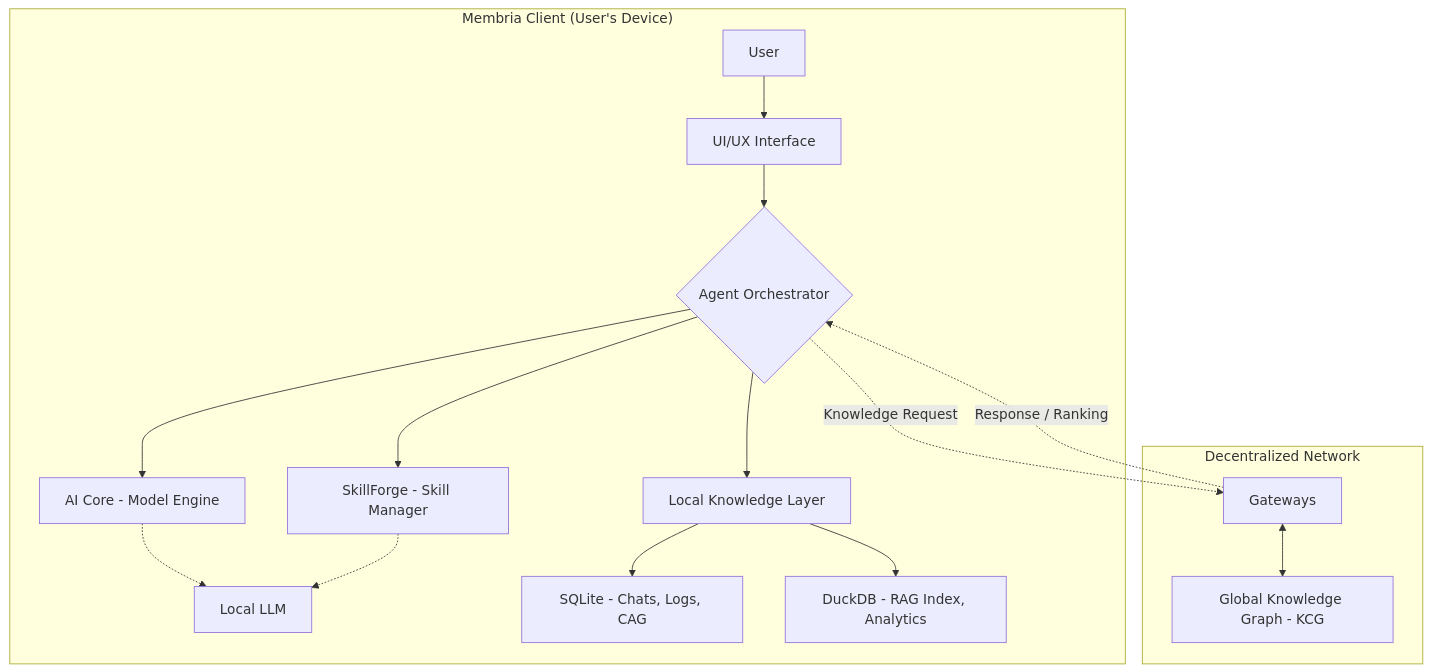
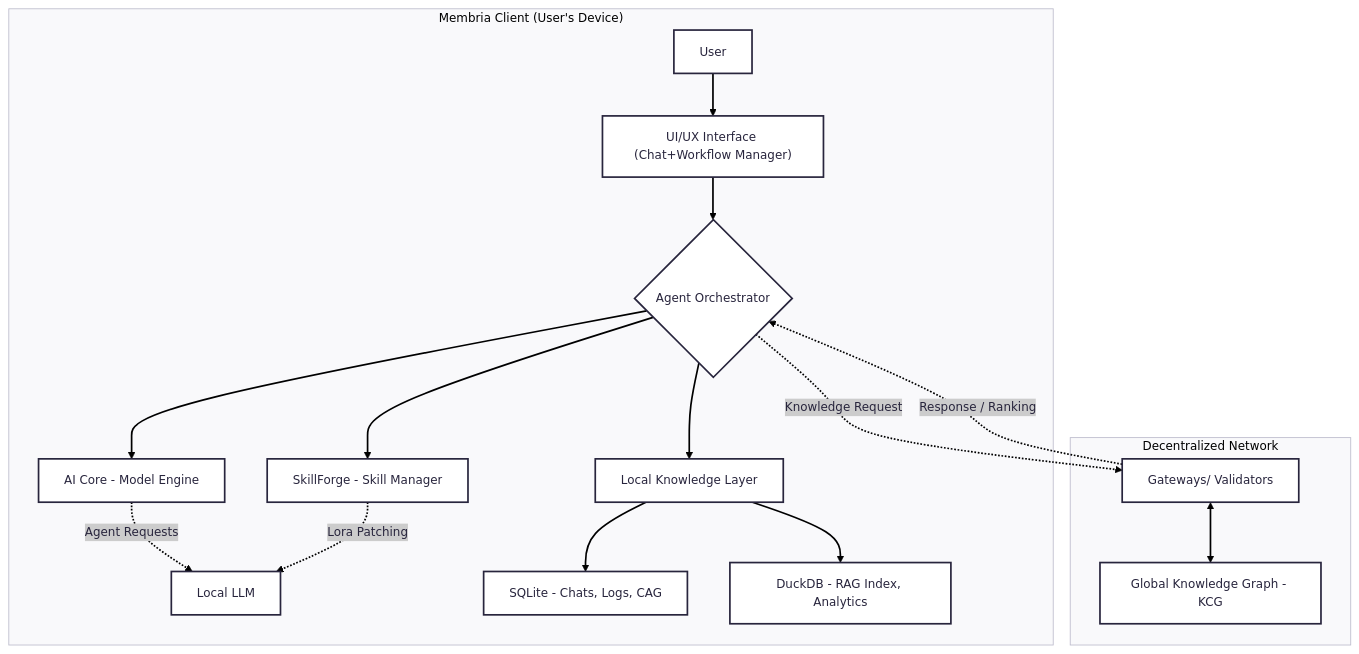
One commit to actiquest-dev/actiquest.github.io changed the first of 2 diagrams in membria/client.md. Above: the diagram before and after it, drawn with Mermaid. The commit also changed other lines of this file, not shown here.

````diff
--- a/membria/client.md
+++ b/membria/client.md
@@ -62,27 +62,33 @@
 ```mermaid
-graph TD
-    subgraph "Membria Client (User's Device)"
-        A[User] --> B[UI/UX Interface]
-        
-        B --> C{Agent Orchestrator}
-        
-        C --> D[AI Core - Model Engine]
-        C --> E[SkillForge - Skill Manager]
-        C --> F[Local Knowledge Layer]
-        
-        D -.-> G[Local LLM]
-        E -.-> G
-        
-        F --> H[SQLite - Chats, Logs, CAG]
-        F --> I[DuckDB - RAG Index, Analytics]
-    end
+---
+config:
+  theme: redux
+  layout: fixed
+---
+flowchart TD
+ subgraph subGraph0["Membria Client (User's Device)"]
+        B["UI/UX Interface (Chat+Workflow Manager)"]
+        A["User"]
+        C{"Agent Orchestrator"}
+        D["AI Core - Model Engine"]
+        E["SkillForge - Skill Manager"]
+        F["Local Knowledge Layer"]
+        G["Local LLM"]
+        H["SQLite - Chats, Logs, CAG"]
+        I["DuckDB - RAG Index, Analytics"]
+  end
+ subgraph subGraph1["Decentralized Network"]
+        J["Gateways/     Validators"]
+        K["Global Knowledge Graph - KCG"]
+  end
+    A --> B
+    B --> C
+    C --> D & E & F
+    D -. Agent Requests .-> G
+    E -. Lora Patching .-> G
+    F --> H & I
+    J <--> K
+    C -. Knowledge Request .-> J
+    J -. Response / Ranking .-> C
 
-    subgraph "Decentralized Network"
-        J[Gateways]
-        K[Global Knowledge Graph - KCG]
-        J <--> K
-    end
-
-    C -.->|"Knowledge Request"| J
-    J -.->|"Response / Ranking"| C
 ```
````
